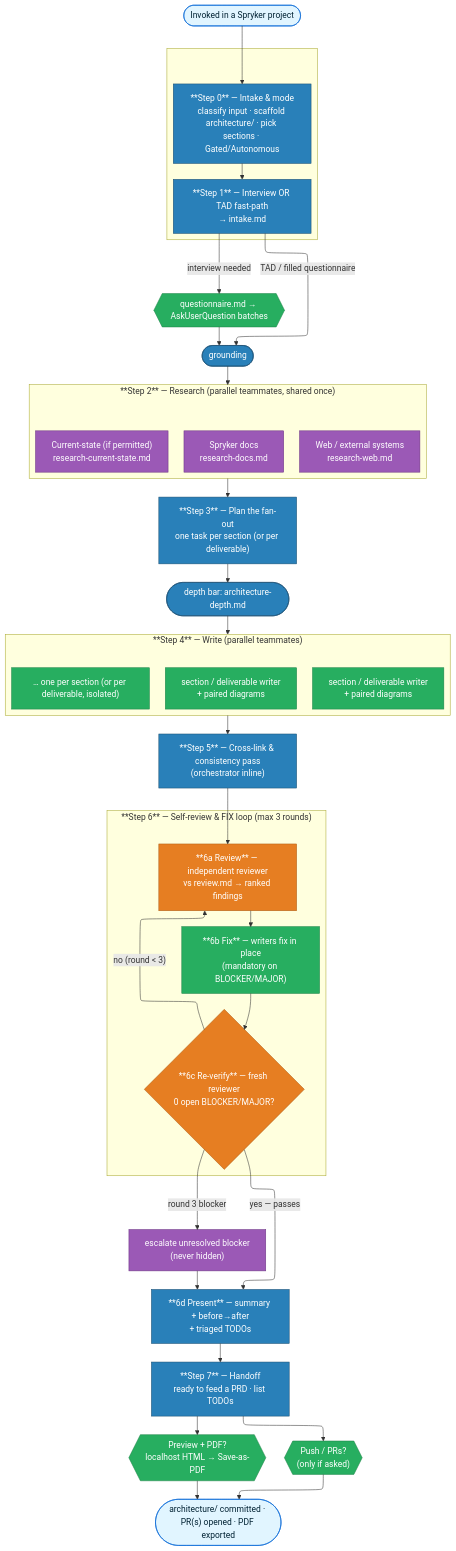
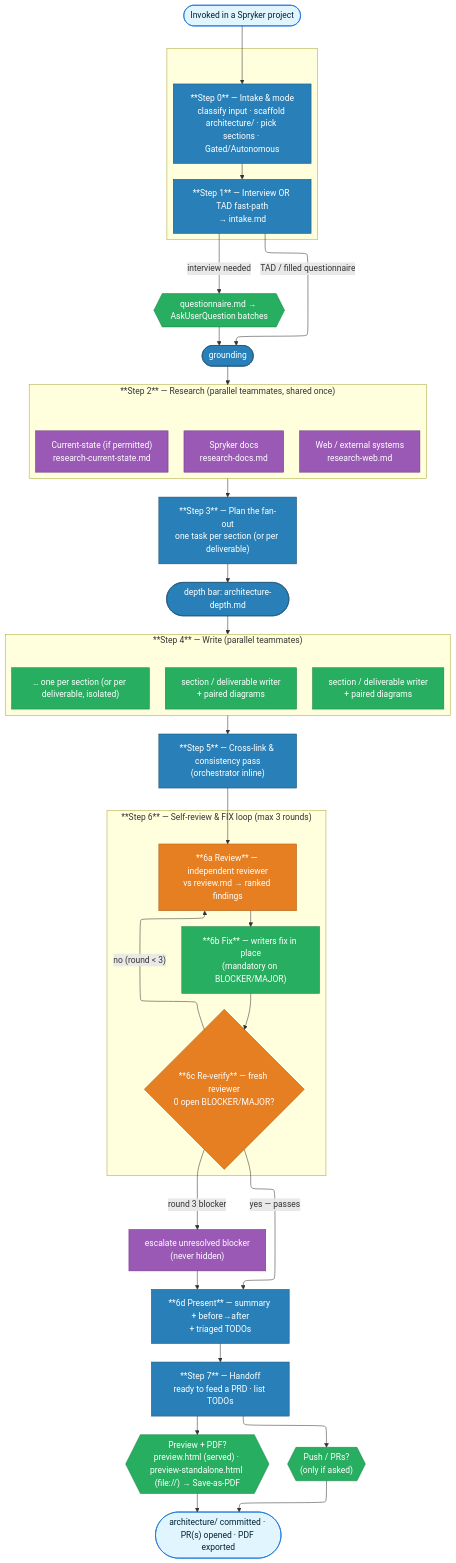
One commit to spryker-shop/b2b-demo-marketplace changed the diagram in .claude/skills/architecture-prep/README.md. Above: the diagram before and after it, drawn with Mermaid. The commit also changed other lines of this file and 2 other files, not shown here.

Commit message:
**feature/skill-arch-42: update preview step for project-agnostic browser view and PDF export**
- Enhance `preview.md` to describe new `preview.html` (served, live discovery) and `preview-standalone.html` (compiled, offline) approaches.
- Update `README.md` and `SKILL.md` to reflect changes in preview logic and PDF workflows.
- Add details on discovery robustness, offline usability, and generation

````diff
--- a/.claude/skills/architecture-prep/README.md
+++ b/.claude/skills/architecture-prep/README.md
@@ -32,65 +32,65 @@
 ```mermaid
 ---
 config:
   layout: elk
 ---
 flowchart TD
     Start([Invoked in a Spryker project]):::user --> S0
 
     subgraph Intake[" "]
       S0["**Step 0** — Intake &amp; mode<br/>classify input · scaffold architecture/ · pick sections · Gated/Autonomous"]:::backend
       S1["**Step 1** — Interview OR TAD fast-path<br/>→ intake.md"]:::backend
     end
 
     S0 --> S1
 
     S1 -->|"TAD / filled questionnaire"| S2
     S1 -->|"interview needed"| Q{{"questionnaire.md → AskUserQuestion batches"}}:::web
     Q --> S2
 
     subgraph Research["**Step 2** — Research (parallel teammates, shared once)"]
       R1["Spryker docs<br/>research-docs.md"]:::storage
       R2["Web / external systems<br/>research-web.md"]:::storage
       R3["Current-state (if permitted)<br/>research-current-state.md"]:::storage
     end
     S2([grounding]):::backend --> Research
 
     Research --> S3["**Step 3** — Plan the fan-out<br/>one task per section (or per deliverable)"]:::backend
 
     S3 --> S4
     subgraph Write["**Step 4** — Write (parallel teammates)"]
       W1["section / deliverable writer<br/>+ paired diagrams"]:::web
       W2["section / deliverable writer<br/>+ paired diagrams"]:::web
       W3["… one per section (or per deliverable, isolated)"]:::web
     end
     S4(["depth bar: architecture-depth.md"]):::backend --> Write
 
     Write --> S5["**Step 5** — Cross-link &amp; consistency pass<br/>(orchestrator inline)"]:::backend
 
     S5 --> S6a
 
     subgraph Loop["**Step 6** — Self-review &amp; FIX loop (max 3 rounds)"]
       direction TB
       S6a["**6a Review** — independent reviewer<br/>vs review.md → ranked findings"]:::external
       S6b["**6b Fix** — writers fix in place<br/>(mandatory on BLOCKER/MAJOR)"]:::web
       S6c{"**6c Re-verify** — fresh reviewer<br/>0 open BLOCKER/MAJOR?"}:::external
       S6a --> S6b --> S6c
       S6c -->|"no (round &lt; 3)"| S6a
     end
 
     S6c -->|"yes — passes"| S6d["**6d Present** — summary + before→after<br/>+ triaged TODOs"]:::backend
     S6c -->|"round 3 blocker"| Esc["escalate unresolved blocker<br/>(never hidden)"]:::storage
     Esc --> S6d
 
     S6d --> S7["**Step 7** — Handoff<br/>ready to feed a PRD · list TODOs"]:::backend
-    S7 --> Prev{{"Preview + PDF?<br/>localhost HTML → Save-as-PDF"}}:::web
+    S7 --> Prev{{"Preview + PDF?<br/>preview.html (served) · preview-standalone.html (file://) → Save-as-PDF"}}:::web
     S7 --> Push{{"Push / PRs?<br/>(only if asked)"}}:::web
     Prev --> Done
     Push --> Done(["architecture/ committed · PR(s) opened · PDF exported"]):::user
 
     classDef user fill:#e1f5ff,stroke:#0366d6,color:#023;
     classDef backend fill:#2980B9,stroke:#1B4F72,color:#fff;
     classDef web fill:#27AE60,stroke:#1D8348,color:#fff;
     classDef storage fill:#9B59B6,stroke:#6C3483,color:#fff;
     classDef external fill:#E67E22,stroke:#AF601A,color:#fff;
 ```
````
